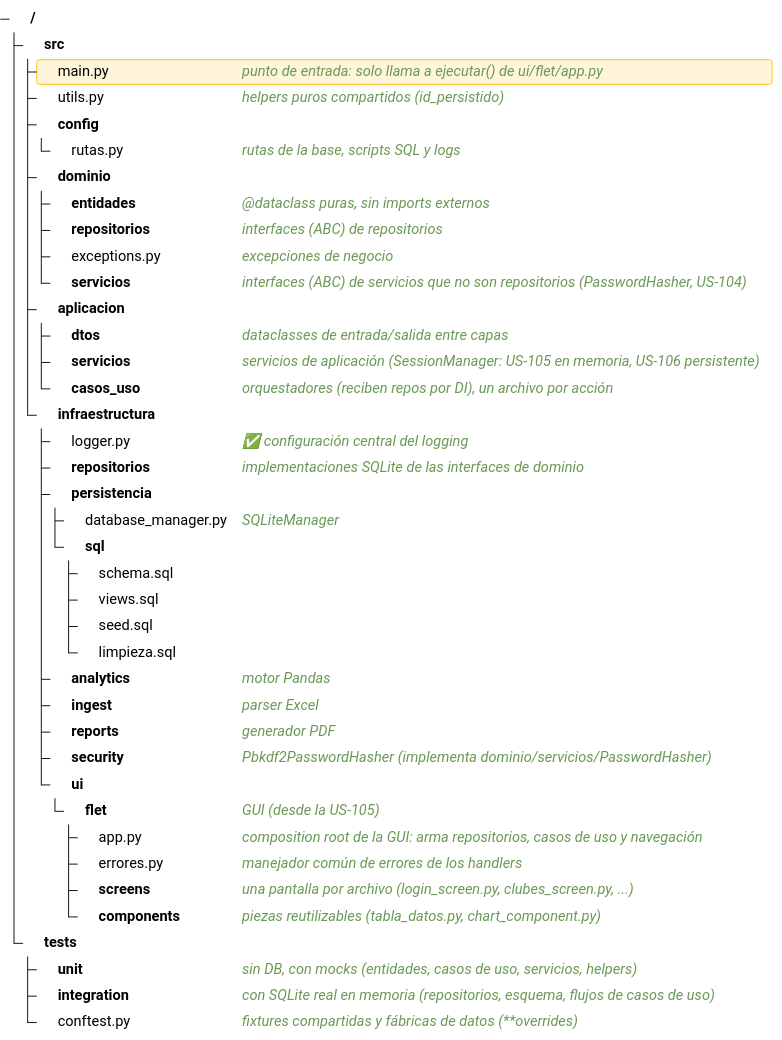
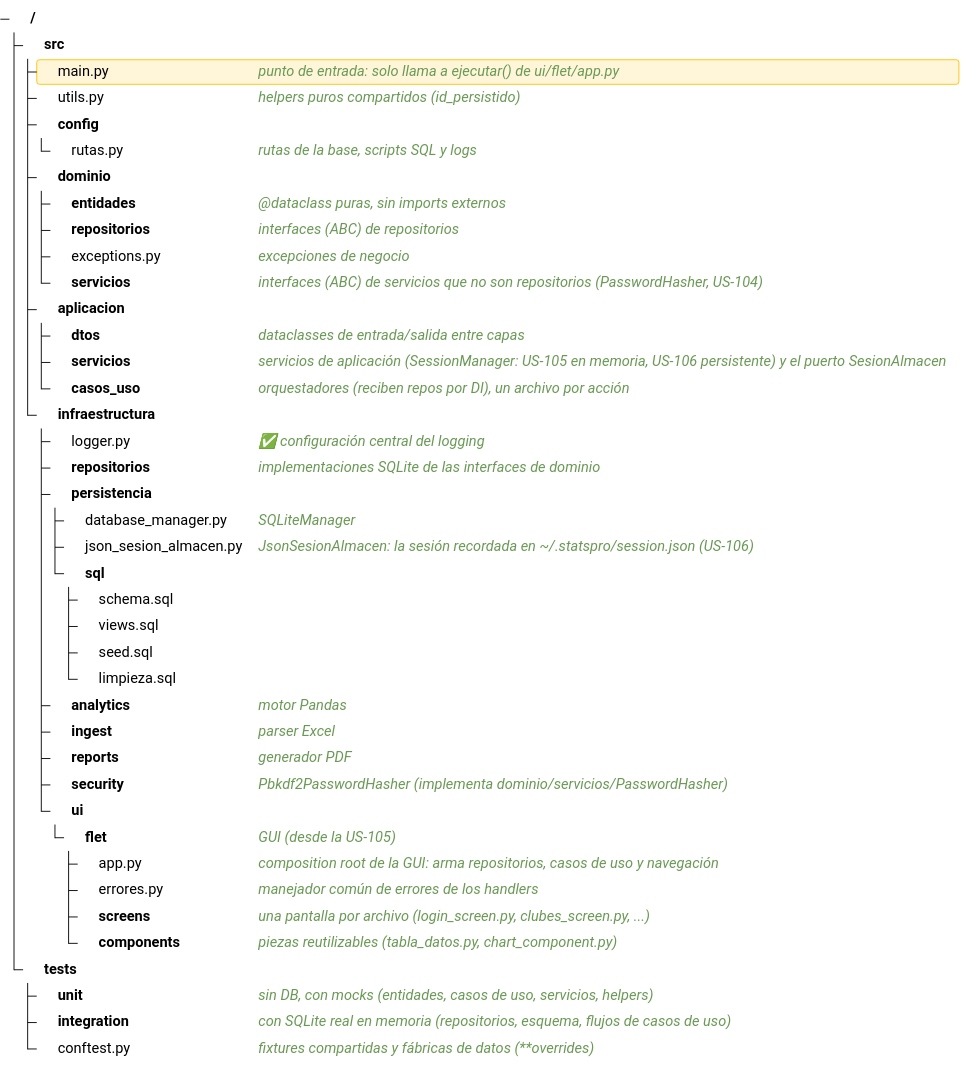
One commit to Stack-dos/app_estadisticas changed the diagram in docs/plan_desarrollo_detallado.md. Above: the diagram before and after it, drawn with Mermaid. The commit also changed other lines of this file, not shown here.

Commit message:
feat: agregar persistencia de sesión y club activo en la GUI, incluyendo adaptador JSON y lógica de restauración

````diff
--- a/docs/plan_desarrollo_detallado.md
+++ b/docs/plan_desarrollo_detallado.md
@@ -204,46 +204,47 @@
 ```mermaid
 ---
 config:
   treeView:
     showIcons: true
 ---
 treeView-beta
   src/
     main.py :::highlight icon(logos:python) ## punto de entrada: solo llama a ejecutar() de ui/flet/app.py
     utils.py ## helpers puros compartidos (id_persistido)
     config/
       rutas.py ## rutas de la base, scripts SQL y logs
     dominio/
       entidades/ ## @dataclass puras, sin imports externos
       repositorios/ ## interfaces (ABC) de repositorios
       exceptions.py ## excepciones de negocio
       servicios/ ## interfaces (ABC) de servicios que no son repositorios (PasswordHasher, US-104)
     aplicacion/
       dtos/ ## dataclasses de entrada/salida entre capas
-      servicios/ ## servicios de aplicación (SessionManager: US-105 en memoria, US-106 persistente)
+      servicios/ ## servicios de aplicación (SessionManager: US-105 en memoria, US-106 persistente) y el puerto SesionAlmacen
       casos_uso/ ## orquestadores (reciben repos por DI), un archivo por acción
     infraestructura/
       logger.py ## ✅ configuración central del logging
       repositorios/ ## implementaciones SQLite de las interfaces de dominio
       persistencia/
         database_manager.py ## SQLiteManager
+        json_sesion_almacen.py ## JsonSesionAlmacen: la sesión recordada en ~/.statspro/session.json (US-106)
         sql/
           schema.sql
           views.sql
           seed.sql
           limpieza.sql
       analytics/ ## motor Pandas
       ingest/ ## parser Excel
       reports/ ## generador PDF
       security/ ## Pbkdf2PasswordHasher (implementa dominio/servicios/PasswordHasher)
       ui/
         flet/ ## GUI (desde la US-105)
           app.py ## composition root de la GUI: arma repositorios, casos de uso y navegación
           errores.py ## manejador común de errores de los handlers
           screens/ ## una pantalla por archivo (login_screen.py, clubes_screen.py, ...)
           components/ ## piezas reutilizables (tabla_datos.py, chart_component.py)
 tests/
   unit/ ## sin DB, con mocks (entidades, casos de uso, servicios, helpers)
   integration/ ## con SQLite real en memoria (repositorios, esquema, flujos de casos de uso)
   conftest.py ## fixtures compartidas y fábricas de datos (**overrides)
 ```
````
